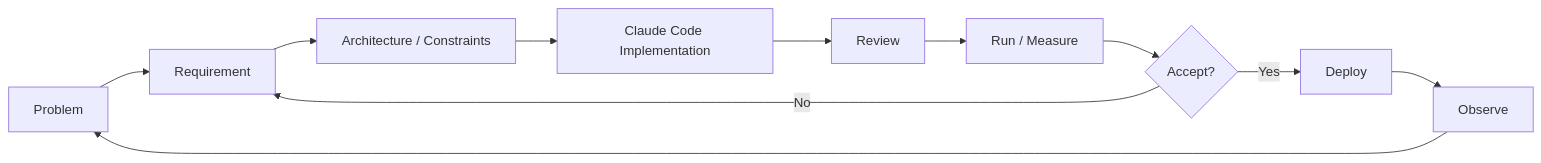
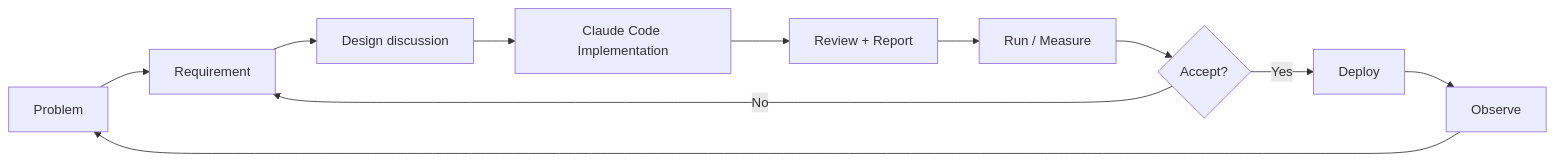
Before and after one commit to cow-coding/sport-data-hub-showcase: the diagram in docs/ai-assisted-development.md, drawn with Mermaid. The commit also changed other lines of this file and 5 other files, not shown here.

````diff
--- a/docs/ai-assisted-development.md
+++ b/docs/ai-assisted-development.md
@@ -37,13 +48,13 @@
 ```mermaid
 flowchart LR
     A[Problem] --> B[Requirement]
-    B --> C[Architecture / Constraints]
+    B --> C[Design discussion]
     C --> D[Claude Code Implementation]
-    D --> E[Review]
+    D --> E[Review + Report]
     E --> F[Run / Measure]
     F --> G{Accept?}
     G -->|No| B
     G -->|Yes| H[Deploy]
     H --> I[Observe]
     I --> A
 ```
````
